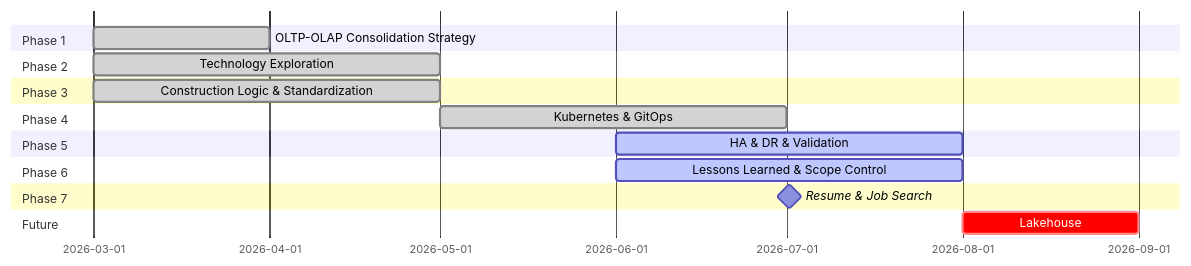
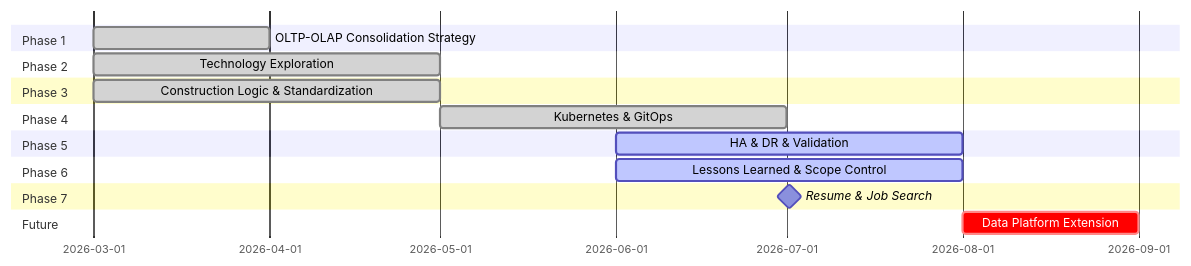
Before and after one commit to Junwu0615/Platform-Genesis: the diagram in README.md, drawn with Mermaid. The commit also changed other lines of this file, not shown here.

````diff
--- a/README.md
+++ b/README.md
@@ -10,28 +10,28 @@
 ```mermaid
 gantt
     dateFormat YYYY-MM
 
     section Phase 1
     OLTP-OLAP Consolidation Strategy            :done, a1, 2026-03, 1M
 
     section Phase 2
     Technology Exploration                      :done, a2, 2026-03, 2M
 
     section Phase 3
     Construction Logic & Standardization        :done, a3, 2026-03, 2M
 
     section Phase 4
     Kubernetes & GitOps                         :done, a4, 2026-05, 2M
 
     section Phase 5
     HA & DR & Validation                        :active, a5, 2026-06, 2M
 
     section Phase 6
     Lessons Learned & Scope Control             :active, a6, 2026-06, 2M
 
     section Phase 7
     Resume & Job Search                         :milestone, a7, 2026-07, 1d
 
     section Future
-    Lakehouse                                   :crit, a8, 2026-08, 1M
+    Data Platform Extension                                   :crit, a8, 2026-08, 1M
 ```
````
